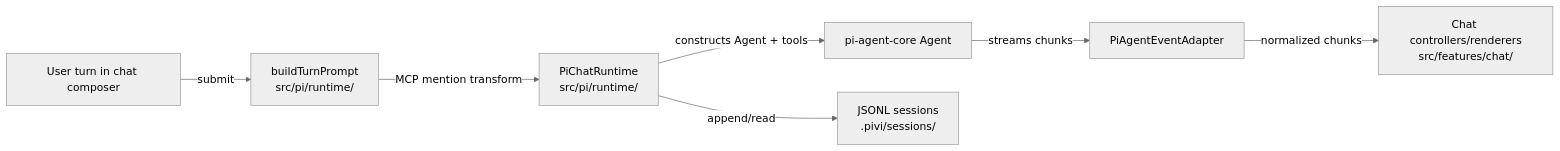
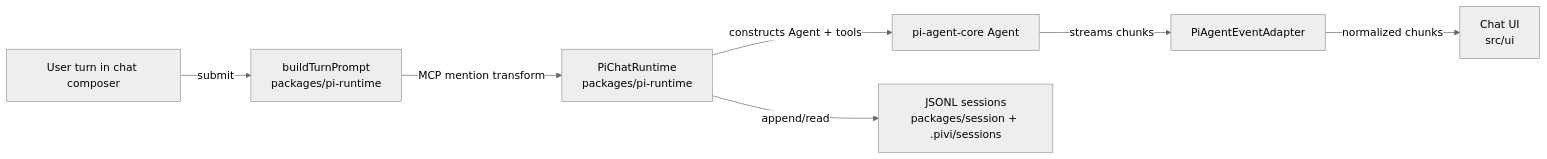
The second of 2 diagrams in AGENTS.md (shuuul/obsidian-pivi), drawn with Mermaid (neutral theme) before and after one commit. The commit also changed other lines of this file and 831 other files, not shown here.

First line of the commit message:
refactor(arch): split runtime into workspace packages

````diff
--- a/AGENTS.md
+++ b/AGENTS.md
@@ -95,9 +147,9 @@
 ```mermaid
 flowchart LR
-  User["User turn in chat composer"] -- "submit" --> Turn["buildTurnPrompt<br/>src/pi/runtime/"]
-  Turn -- "MCP mention transform" --> Runtime["PiChatRuntime<br/>src/pi/runtime/"]
+  User["User turn in chat composer"] -- "submit" --> Turn["buildTurnPrompt<br/>packages/pi-runtime"]
+  Turn -- "MCP mention transform" --> Runtime["PiChatRuntime<br/>packages/pi-runtime"]
   Runtime -- "constructs Agent + tools" --> Agent["pi-agent-core Agent"]
   Agent -- "streams chunks" --> Adapter["PiAgentEventAdapter"]
-  Adapter -- "normalized chunks" --> UI["Chat controllers/renderers<br/>src/features/chat/"]
-  Runtime -- "append/read" --> Session["JSONL sessions<br/>.pivi/sessions/"]
+  Adapter -- "normalized chunks" --> UI["Chat UI<br/>src/ui"]
+  Runtime -- "append/read" --> Session["JSONL sessions<br/>packages/session + .pivi/sessions"]
 ```
````
